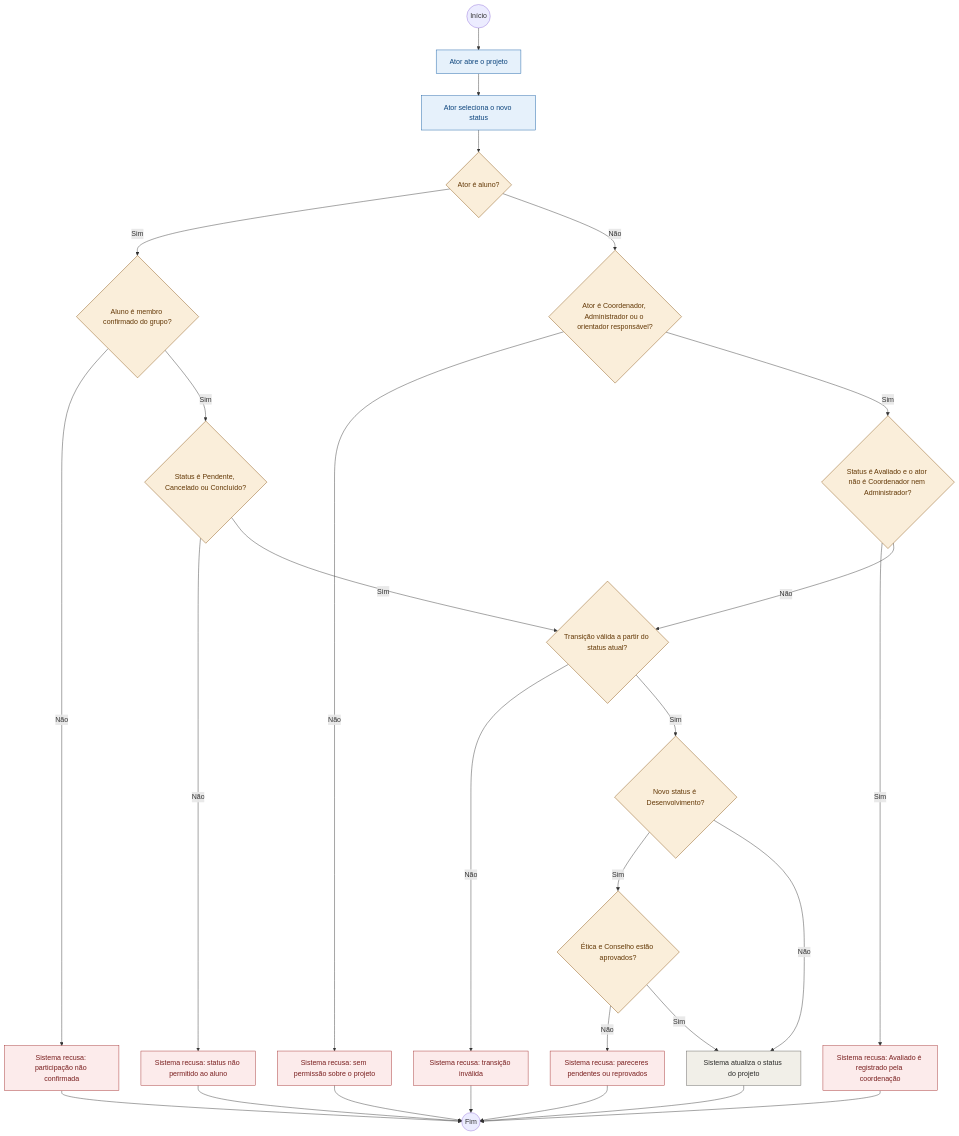
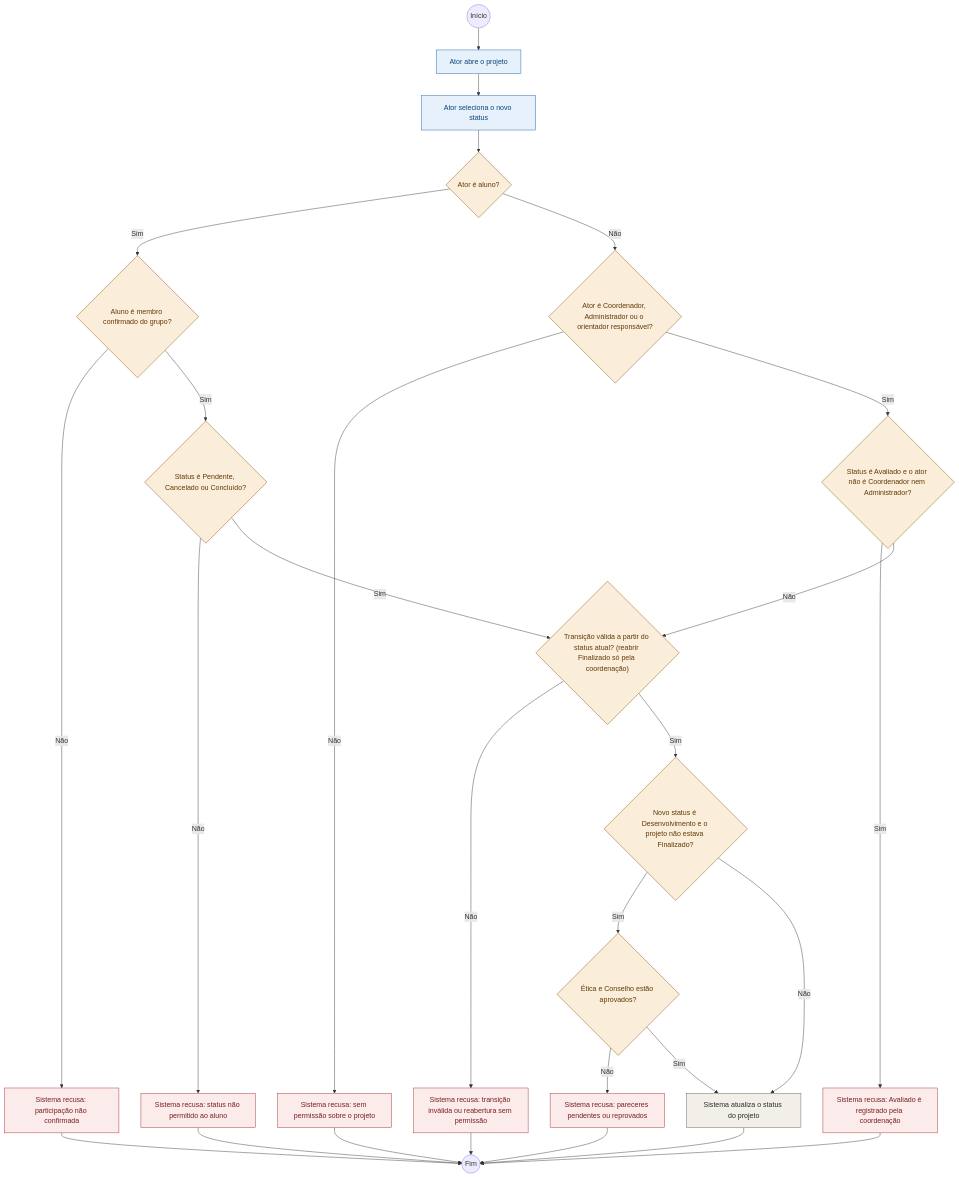
The diagram in documentos/atividades/02-realizar-status-andamento.mmd (HevertonMarques/desweb_rep), drawn with Mermaid before and after one commit. The commit also changed 2 other files, not shown here.

```diff
--- a/documentos/atividades/02-realizar-status-andamento.mmd
+++ b/documentos/atividades/02-realizar-status-andamento.mmd
@@ -1,35 +1,35 @@
 flowchart TD
   ini(("Início")) --> a1["Ator abre o projeto"]
   a1 --> a2["Ator seleciona o novo status"]
   a2 --> d1{"Ator é aluno?"}
   d1 -- Sim --> d2{"Aluno é membro confirmado do grupo?"}
   d2 -- Não --> e1["Sistema recusa: participação não confirmada"]
   d2 -- Sim --> d3{"Status é Pendente, Cancelado ou Concluído?"}
   d3 -- Não --> e2["Sistema recusa: status não permitido ao aluno"]
-  d3 -- Sim --> d6{"Transição válida a partir do status atual?"}
+  d3 -- Sim --> d6{"Transição válida a partir do status atual? (reabrir Finalizado só pela coordenação)"}
   d1 -- "Não" --> d4{"Ator é Coordenador, Administrador ou o orientador responsável?"}
   d4 -- Não --> e4["Sistema recusa: sem permissão sobre o projeto"]
   d4 -- Sim --> d5{"Status é Avaliado e o ator não é Coordenador nem Administrador?"}
   d5 -- Sim --> e5["Sistema recusa: Avaliado é registrado pela coordenação"]
   d5 -- Não --> d6
-  d6 -- Não --> e3["Sistema recusa: transição inválida"]
-  d6 -- Sim --> d7{"Novo status é Desenvolvimento?"}
+  d6 -- Não --> e3["Sistema recusa: transição inválida ou reabertura sem permissão"]
+  d6 -- Sim --> d7{"Novo status é Desenvolvimento e o projeto não estava Finalizado?"}
   d7 -- Sim --> d8{"Ética e Conselho estão aprovados?"}
   d8 -- Não --> e6["Sistema recusa: pareceres pendentes ou reprovados"]
   d8 -- Sim --> s1["Sistema atualiza o status do projeto"]
   d7 -- Não --> s1
   s1 --> fim((Fim))
   e1 --> fim
   e2 --> fim
   e3 --> fim
   e4 --> fim
   e5 --> fim
   e6 --> fim
   classDef ator fill:#E6F1FB,stroke:#185FA5,color:#0C447C
   classDef sis fill:#F1EFE8,stroke:#5F5E5A,color:#2C2C2A
   classDef dec fill:#FAEEDA,stroke:#854F0B,color:#633806
   classDef err fill:#FCEBEB,stroke:#A32D2D,color:#791F1F
   class a1,a2 ator
   class s1 sis
   class d1,d2,d3,d4,d5,d6,d7,d8 dec
   class e1,e2,e3,e4,e5,e6 err
```
